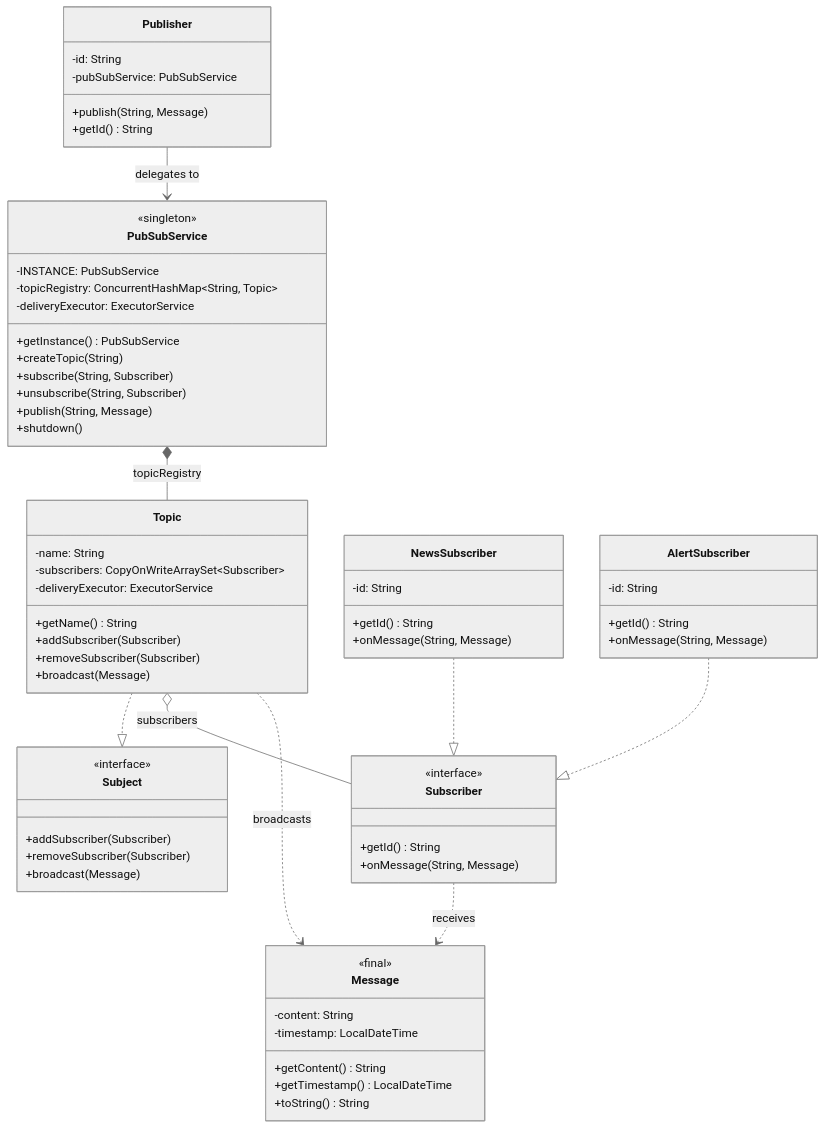
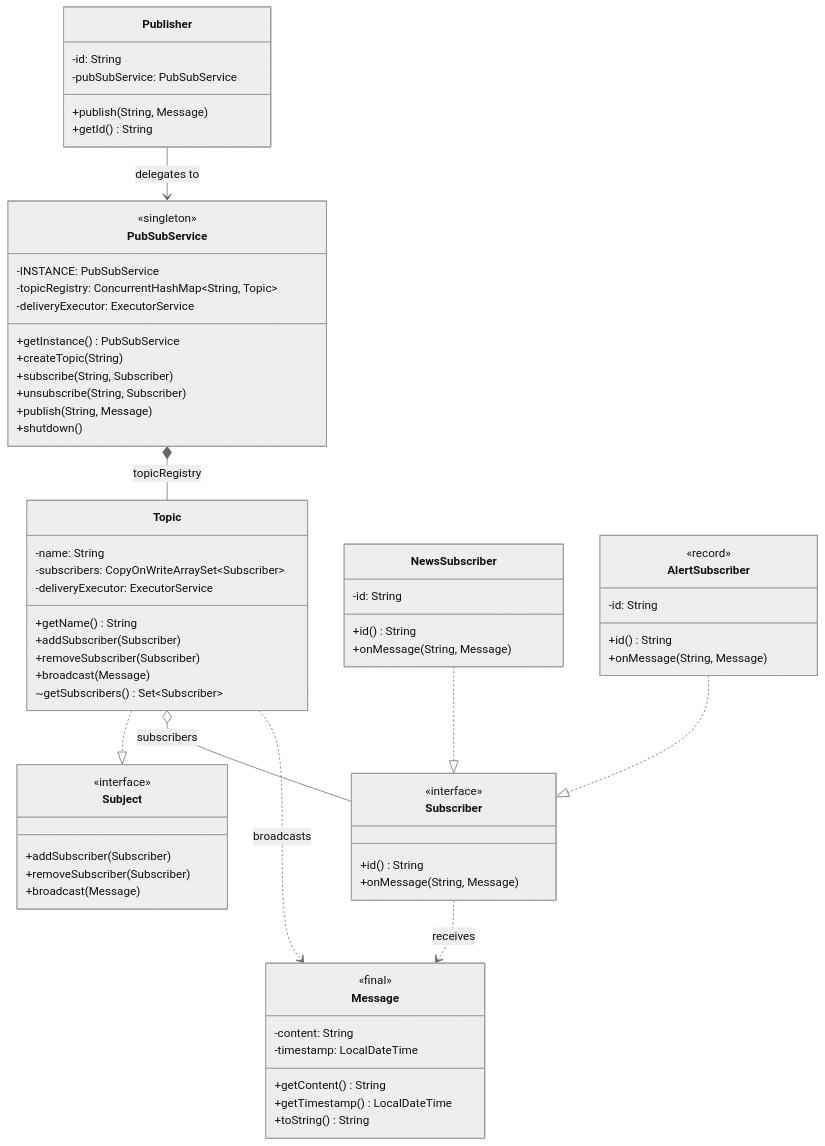
The diagram in pub-sub-system/README.md (Shivam798/LLD-IQ), drawn with Mermaid (neutral theme) before and after one commit. The commit also changed other lines of this file and 26 other files, not shown here.

Commit message:
Added atm and corrected mermaid diagram of other

````diff
--- a/pub-sub-system/README.md
+++ b/pub-sub-system/README.md
@@ -64,78 +64,80 @@
 ```mermaid
 classDiagram
     direction TB
 
     class Message {
         <<final>>
         -content: String
         -timestamp: LocalDateTime
         +getContent() String
         +getTimestamp() LocalDateTime
         +toString() String
     }
 
     class Subject {
         <<interface>>
         +addSubscriber(Subscriber)
         +removeSubscriber(Subscriber)
         +broadcast(Message)
     }
 
     class Topic {
         -name: String
         -subscribers: CopyOnWriteArraySet~Subscriber~
         -deliveryExecutor: ExecutorService
         +getName() String
         +addSubscriber(Subscriber)
         +removeSubscriber(Subscriber)
         +broadcast(Message)
+        ~getSubscribers() Set~Subscriber~
     }
 
     class Publisher {
         -id: String
         -pubSubService: PubSubService
         +publish(String, Message)
         +getId() String
     }
 
     class Subscriber {
         <<interface>>
-        +getId() String
+        +id() String
         +onMessage(String, Message)
     }
 
     class NewsSubscriber {
         -id: String
-        +getId() String
+        +id() String
         +onMessage(String, Message)
     }
 
     class AlertSubscriber {
+        <<record>>
         -id: String
-        +getId() String
+        +id() String
         +onMessage(String, Message)
     }
 
     class PubSubService {
         <<singleton>>
         -INSTANCE: PubSubService
         -topicRegistry: ConcurrentHashMap~String, Topic~
         -deliveryExecutor: ExecutorService
         +getInstance() PubSubService
         +createTopic(String)
         +subscribe(String, Subscriber)
         +unsubscribe(String, Subscriber)
         +publish(String, Message)
         +shutdown()
     }
 
     Topic ..|> Subject
     NewsSubscriber ..|> Subscriber
     AlertSubscriber ..|> Subscriber
 
     PubSubService *-- Topic : topicRegistry
     Topic o-- Subscriber : subscribers
     Publisher --> PubSubService : delegates to
     Topic ..> Message : broadcasts
     Subscriber ..> Message : receives
 ```
````
